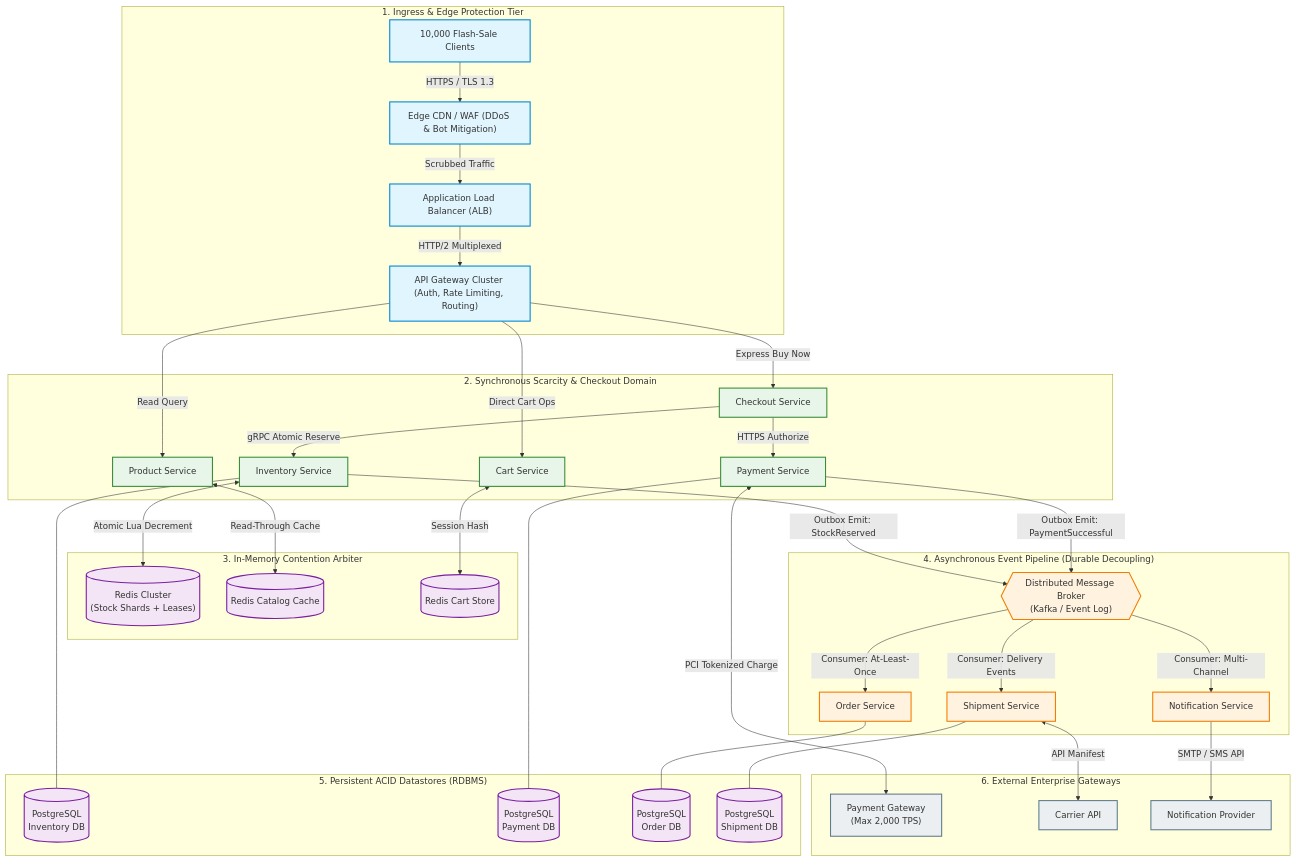
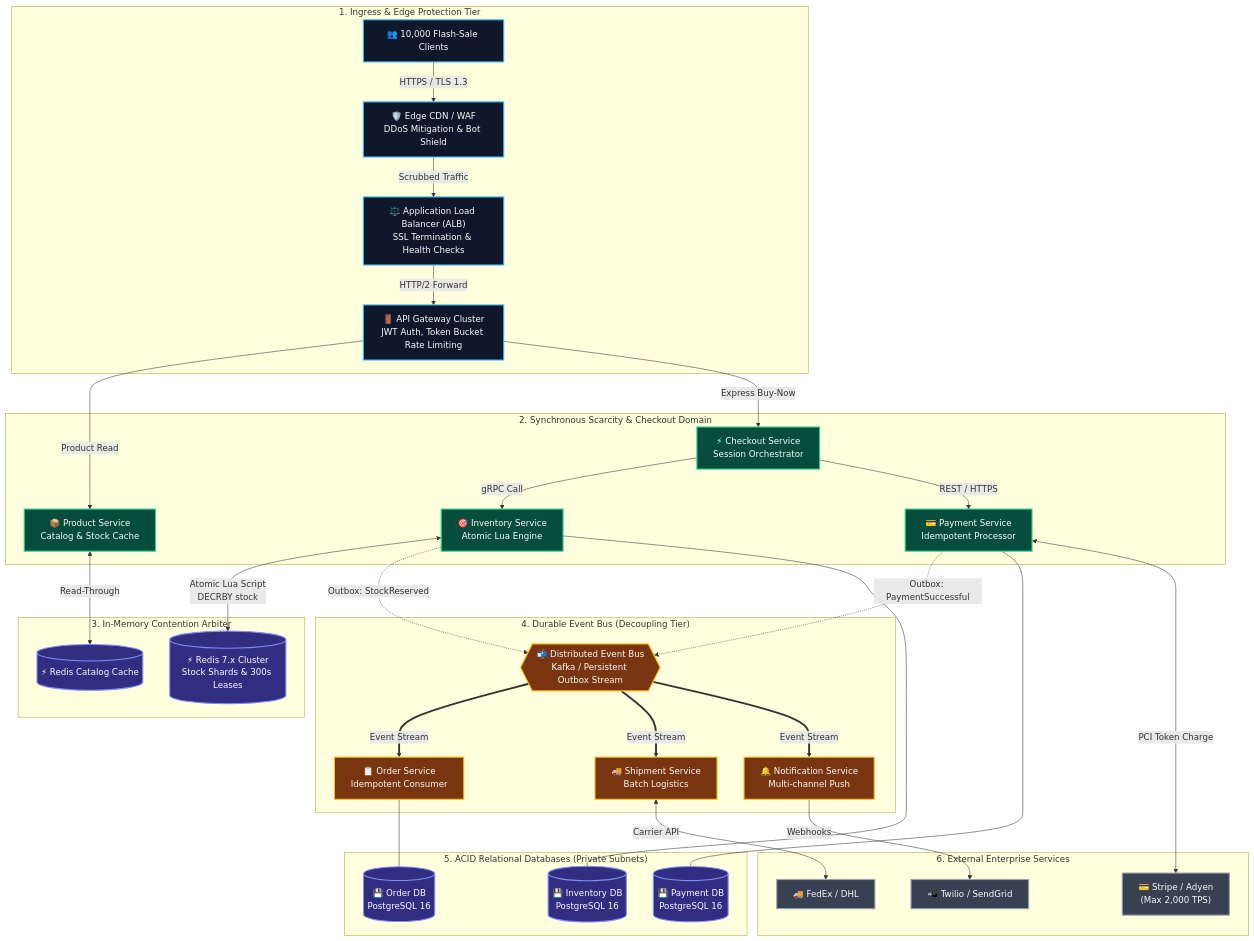
The second of 8 diagrams in 02_HLD/03_Architecture_Diagrams.md (Nithish-1622/Syscrafters_System_Design), drawn with Mermaid before and after one commit. The commit also changed other lines of this file and 6 other files, not shown here.

````diff
--- a/02_HLD/03_Architecture_Diagrams.md
+++ b/02_HLD/03_Architecture_Diagrams.md
@@ -57,57 +70,54 @@
 ```mermaid
 flowchart TB
-    subgraph Ingress ["1. Ingress & Edge Protection Tier"]
-        Users["10,000 Flash-Sale Clients"] -->|"HTTPS / TLS 1.3"| CDN["Edge CDN / WAF (DDoS & Bot Mitigation)"]
-        CDN -->|"Scrubbed Traffic"| ALB["Application Load Balancer (ALB)"]
-        ALB -->|"HTTP/2 Multiplexed"| APIGW["API Gateway Cluster (Auth, Rate Limiting, Routing)"]
+    subgraph IngressTier ["1. Ingress & Edge Protection Tier"]
+        Users["👥 10,000 Flash-Sale Clients"] -->|"HTTPS / TLS 1.3"| CDN["🛡️ Edge CDN / WAF<br/>DDoS Mitigation & Bot Shield"]
+        CDN -->|"Scrubbed Traffic"| ALB["⚖️ Application Load Balancer (ALB)<br/>SSL Termination & Health Checks"]
+        ALB -->|"HTTP/2 Forward"| APIGW["🚪 API Gateway Cluster<br/>JWT Auth, Token Bucket Rate Limiting"]
     end
 
-    subgraph SyncServices ["2. Synchronous Scarcity & Checkout Domain"]
-        APIGW -->|"Read Query"| ProdSvc["Product Service"]
-        APIGW -->|"Express Buy Now"| CheckSvc["Checkout Service"]
-        APIGW -->|"Direct Cart Ops"| CartSvc["Cart Service"]
-
-        CheckSvc -->|"gRPC Atomic Reserve"| InvSvc["Inventory Service"]
-        CheckSvc -->|"HTTPS Authorize"| PaySvc["Payment Service"]
+    subgraph SyncTier ["2. Synchronous Scarcity & Checkout Domain"]
+        APIGW -->|"Product Read"| ProdSvc["📦 Product Service<br/>Catalog & Stock Cache"]
+        APIGW -->|"Express Buy-Now"| CheckSvc["⚡ Checkout Service<br/>Session Orchestrator"]
+        
+        CheckSvc -->|"gRPC Call"| InvSvc["🎯 Inventory Service<br/>Atomic Lua Engine"]
+        CheckSvc -->|"REST / HTTPS"| PaySvc["💳 Payment Service<br/>Idempotent Processor"]
     end
 
-    subgraph FastStorage ["3. In-Memory Contention Arbiter"]
-        InvSvc <-->|"Atomic Lua Decrement"| RedisInv[("Redis Cluster\n(Stock Shards + Leases)")]
-        ProdSvc <-->|"Read-Through Cache"| RedisCat[("Redis Catalog Cache")]
-        CartSvc <-->|"Session Hash"| RedisCart[("Redis Cart Store")]
+    subgraph FastTier ["3. In-Memory Contention Arbiter"]
+        InvSvc <-->|"Atomic Lua Script<br/>DECRBY stock"| RedisInv[("⚡ Redis 7.x Cluster<br/>Stock Shards & 300s Leases")]
+        ProdSvc <-->|"Read-Through"| RedisCat[("⚡ Redis Catalog Cache")]
     end
 
-    subgraph AsyncPipeline ["4. Asynchronous Event Pipeline (Durable Decoupling)"]
-        PaySvc -->|"Outbox Emit: PaymentSuccessful"| MsgBroker{{"Distributed Message Broker\n(Kafka / Event Log)"}}
-        InvSvc -->|"Outbox Emit: StockReserved"| MsgBroker
+    subgraph AsyncTier ["4. Durable Event Bus (Decoupling Tier)"]
+        InvSvc -.->|"Outbox: StockReserved"| Broker{{"📬 Distributed Event Bus<br/>Kafka / Persistent Outbox Stream"}}
+        PaySvc -.->|"Outbox: PaymentSuccessful"| Broker
         
-        MsgBroker -->|"Consumer: At-Least-Once"| OrdSvc["Order Service"]
-        MsgBroker -->|"Consumer: Delivery Events"| ShipSvc["Shipment Service"]
-        MsgBroker -->|"Consumer: Multi-Channel"| NotifSvc["Notification Service"]
+        Broker ==>|"Event Stream"| OrdSvc["📋 Order Service<br/>Idempotent Consumer"]
+        Broker ==>|"Event Stream"| ShipSvc["🚚 Shipment Service<br/>Batch Logistics"]
+        Broker ==>|"Event Stream"| NotifSvc["🔔 Notification Service<br/>Multi-channel Push"]
     end
 
-    subgraph DurableStorage ["5. Persistent ACID Datastores (RDBMS)"]
-        InvSvc --- DB_Inv[("PostgreSQL\nInventory DB")]
-        PaySvc --- DB_Pay[("PostgreSQL\nPayment DB")]
-        OrdSvc --- DB_Ord[("PostgreSQL\nOrder DB")]
-        ShipSvc --- DB_Ship[("PostgreSQL\nShipment DB")]
+    subgraph StorageTier ["5. ACID Relational Databases (Private Subnets)"]
+        InvSvc --- DB_Inv[("💾 Inventory DB<br/>PostgreSQL 16")]
+        PaySvc --- DB_Pay[("💾 Payment DB<br/>PostgreSQL 16")]
+        OrdSvc --- DB_Ord[("💾 Order DB<br/>PostgreSQL 16")]
     end
 
-    subgraph External ["6. External Enterprise Gateways"]
-        PaySvc <-->|"PCI Tokenized Charge"| ExtPay["Payment Gateway\n(Max 2,000 TPS)"]
-        ShipSvc <-->|"API Manifest"| ExtShip["Carrier API"]
-        NotifSvc -->|"SMTP / SMS API"| ExtNotif["Notification Provider"]
+    subgraph ExtTier ["6. External Enterprise Services"]
+        PaySvc <-->|"PCI Token Charge"| ExtPay["💳 Stripe / Adyen<br/>(Max 2,000 TPS)"]
+        ShipSvc <-->|"Carrier API"| ExtShip["🚚 FedEx / DHL"]
+        NotifSvc -->|"Webhooks"| ExtNotif["📲 Twilio / SendGrid"]
     end
 
-    classDef ingress fill:#e1f5fe,stroke:#0288d1,stroke-width:2px;
-    classDef sync fill:#e8f5e9,stroke:#388e3c,stroke-width:2px;
-    classDef async fill:#fff3e0,stroke:#f57c00,stroke-width:2px;
-    classDef storage fill:#f3e5f5,stroke:#7b1fa2,stroke-width:2px;
-    classDef external fill:#eceff1,stroke:#607d8b,stroke-width:2px;
+    classDef ingressStyle fill:#0f172a,stroke:#38bdf8,stroke-width:2px,color:#f8fafc;
+    classDef syncStyle fill:#064e3b,stroke:#34d399,stroke-width:2px,color:#f8fafc;
+    classDef storageStyle fill:#312e81,stroke:#818cf8,stroke-width:2px,color:#f8fafc;
+    classDef asyncStyle fill:#78350f,stroke:#fbbf24,stroke-width:2px,color:#f8fafc;
+    classDef extStyle fill:#374151,stroke:#9ca3af,stroke-width:2px,color:#f8fafc;
 
-    class Users,CDN,ALB,APIGW ingress;
-    class ProdSvc,CheckSvc,CartSvc,InvSvc,PaySvc sync;
-    class MsgBroker,OrdSvc,ShipSvc,NotifSvc async;
-    class RedisInv,RedisCat,RedisCart,DB_Inv,DB_Pay,DB_Ord,DB_Ship storage;
-    class ExtPay,ExtShip,ExtNotif external;
+    class Users,CDN,ALB,APIGW ingressStyle;
+    class ProdSvc,CheckSvc,InvSvc,PaySvc syncStyle;
+    class RedisInv,RedisCat,DB_Inv,DB_Pay,DB_Ord storageStyle;
+    class Broker,OrdSvc,ShipSvc,NotifSvc asyncStyle;
+    class ExtPay,ExtShip,ExtNotif extStyle;
 ```
````
